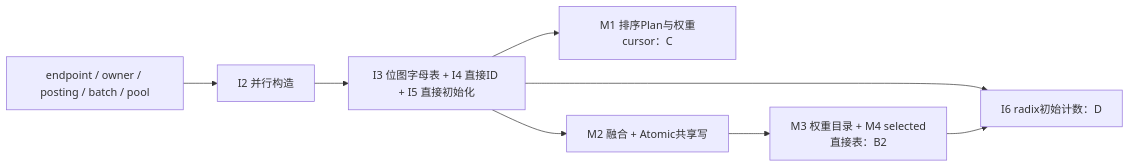
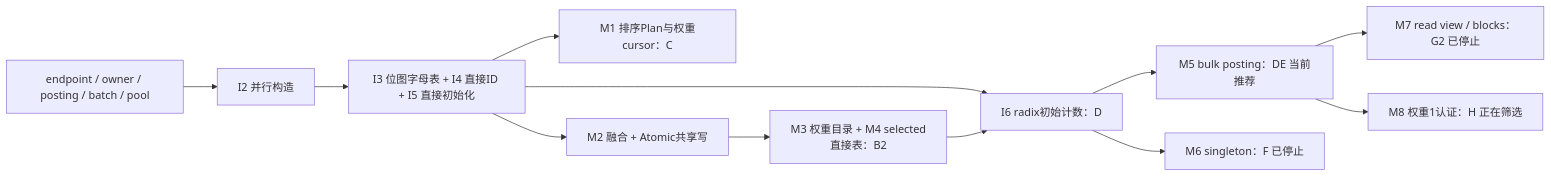
Before and after one commit to Yikai-Liao/tokenizers: the diagram in benchmarks/hf-bpe/OPTIMIZATION_CATALOG.md, drawn with Mermaid. The commit also changed other lines of this file and 14 other files, not shown here.

````diff
--- a/benchmarks/hf-bpe/OPTIMIZATION_CATALOG.md
+++ b/benchmarks/hf-bpe/OPTIMIZATION_CATALOG.md
@@ -59,10 +63,14 @@
 ```mermaid
 flowchart LR
   Core[endpoint / owner / posting / batch / pool] --> A[I2 并行构造]
   A --> C[I3 位图字母表 + I4 直接ID + I5 直接初始化]
   C --> Old[M1 排序Plan与权重cursor：C]
   C --> Fused[M2 融合 + Atomic共享写]
   Fused --> Lookup[M3 权重目录 + M4 selected直接表：B2]
   C --> Count[I6 radix初始计数：D]
   Lookup --> Count
+  Count --> Bulk[M5 bulk posting：DE 当前推荐]
+  Count --> Singleton[M6 singleton：F 已停止]
+  Bulk --> Views[M7 read view / blocks：G2 已停止]
+  Bulk --> Weight[M8 权重1认证：H 正在筛选]
 ```
````
